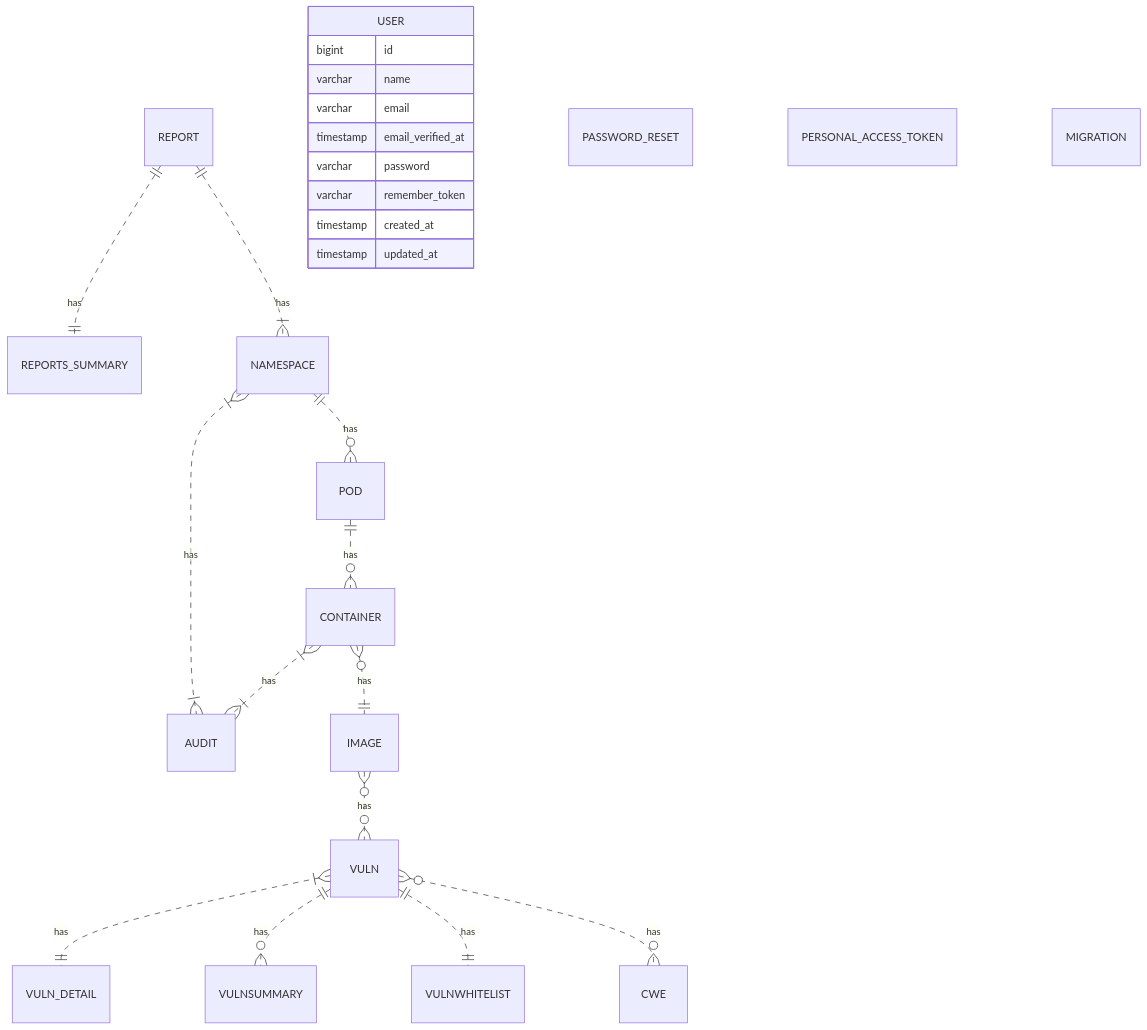
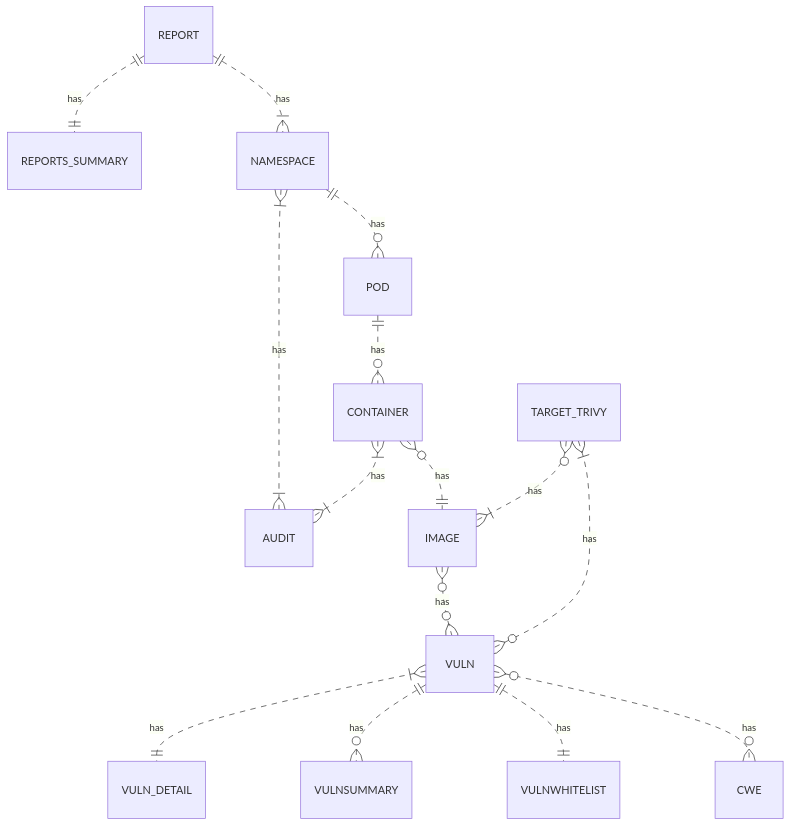
Before and after one commit to klustair/klustair-frontend: the first of 2 diagrams in docs/erd.md, drawn with Mermaid. The commit also changed other lines of this file, not shown here.

````diff
--- a/docs/erd.md
+++ b/docs/erd.md
@@ -4,28 +4,17 @@
 ```mermaid
 erDiagram
     REPORT ||..|| REPORTS_SUMMARY : has
     REPORT ||..|{ NAMESPACE : has
     NAMESPACE }|..|{ AUDIT : has
     CONTAINER }|..|{ AUDIT : has
     NAMESPACE ||..o{ POD : has
     POD ||..o{ CONTAINER : has
     CONTAINER }o..|| IMAGE : has
     IMAGE }o..o{ VULN : has
+    TARGET_TRIVY }|..o{ VULN : has
+    TARGET_TRIVY }o..|{ IMAGE : has
     VULN }|..|| VULN_DETAIL : has
     VULN ||..o{ VULNSUMMARY : has
     VULN ||..|| VULNWHITELIST : has
     VULN }o..o{ CWE : has
-    USER {
-      bigint id 
-      varchar name
-      varchar email
-      timestamp email_verified_at
-      varchar password
-      varchar remember_token
-      timestamp created_at
-      timestamp updated_at
-    }
-    PASSWORD_RESET
-    PERSONAL_ACCESS_TOKEN
-    MIGRATION
 ```
````
